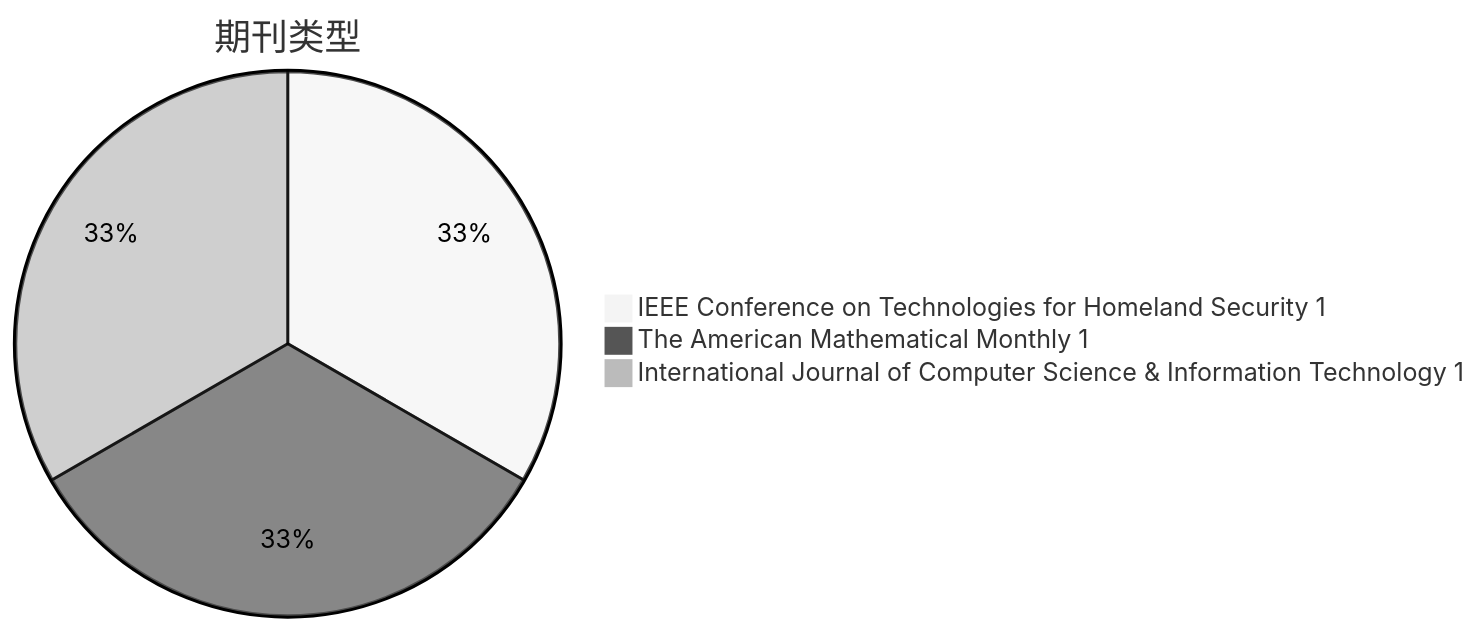
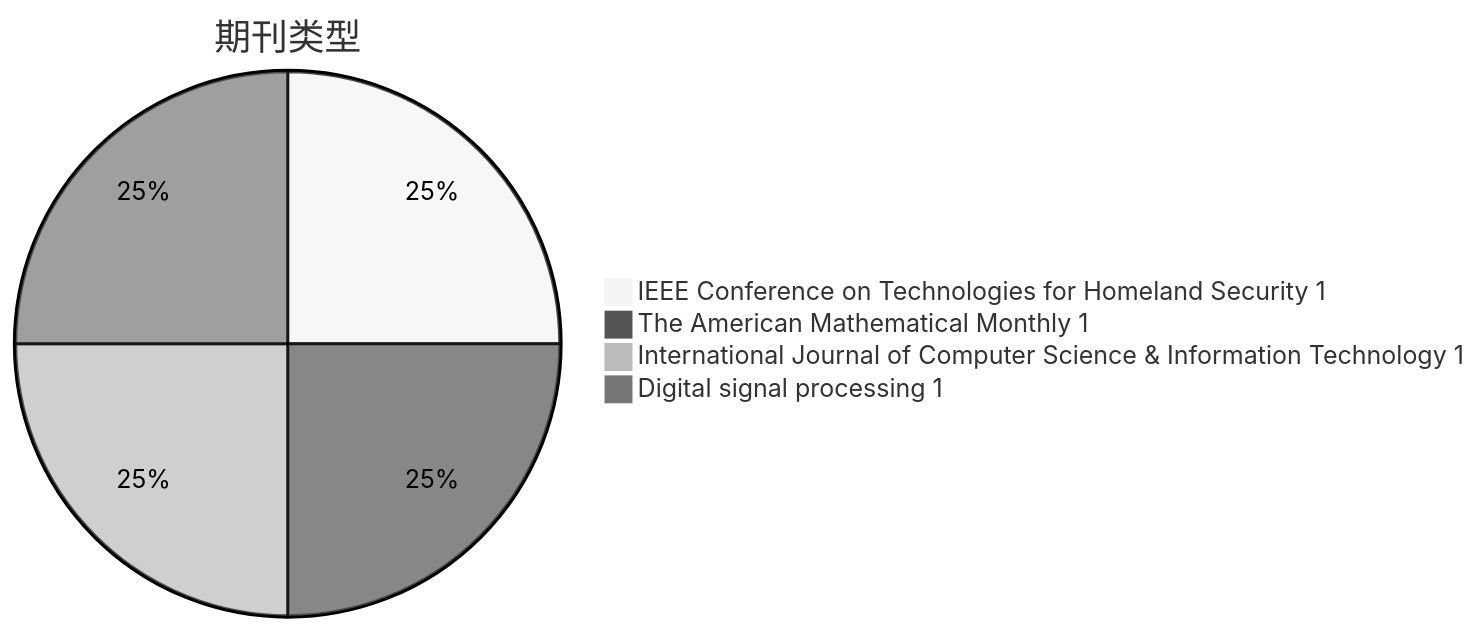
The second of 5 diagrams in CV/PE/analyse.md (Elephant-King9/Paper), drawn with Mermaid (neutral theme) before and after one commit. The commit also changed other lines of this file and 3 other files, not shown here.

````diff
--- a/CV/PE/analyse.md
+++ b/CV/PE/analyse.md
@@ -22,6 +23,7 @@
 ```mermaid
 pie title 期刊类型
 	"IEEE Conference on Technologies for Homeland Security 1" : 1
 	"The American Mathematical Monthly 1" : 1
 	"International Journal of Computer Science & Information Technology 1" : 1
+	"Digital signal processing 1" : 1
 ```
````
